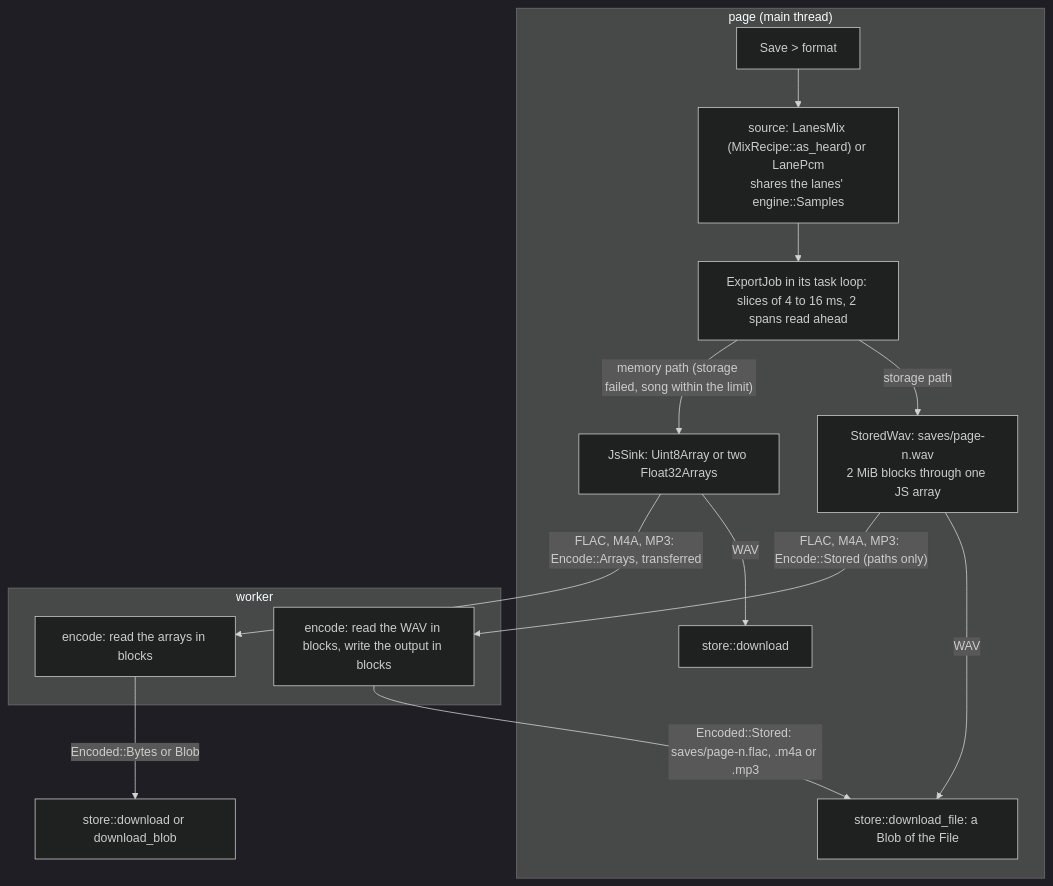
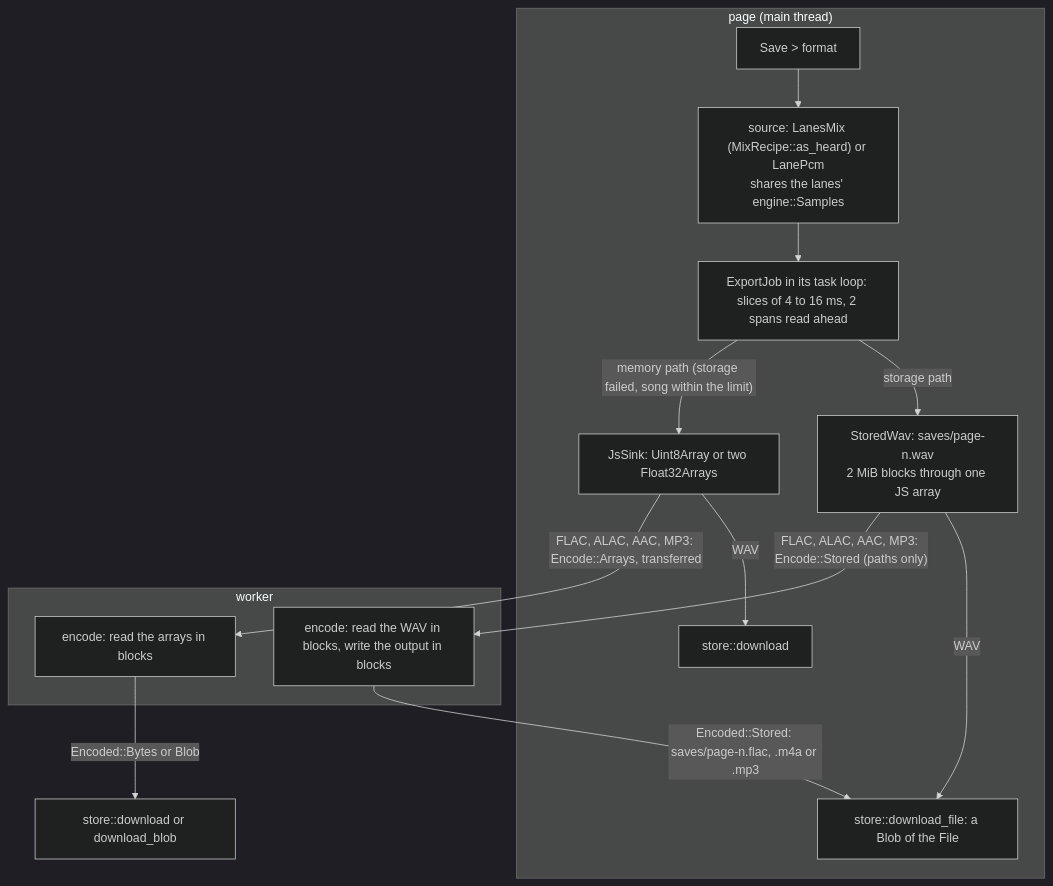
The fifth of 5 diagrams in docs/ARCHITECTURE.md (lloydmeta/stemyla), drawn with Mermaid (dark theme) before and after one commit. The commit also changed other lines of this file and 10 other files, not shown here.

````diff
--- a/docs/ARCHITECTURE.md
+++ b/docs/ARCHITECTURE.md
@@ -244,19 +244,19 @@
 ```mermaid
 flowchart TD
   subgraph page["page (main thread)"]
     CLICK["Save > format"] --> SRC["source: LanesMix (MixRecipe::as_heard) or LanePcm<br/>shares the lanes' engine::Samples"]
     SRC --> JOB["ExportJob in its task loop: slices of 4 to 16 ms, 2 spans read ahead"]
     JOB -->|"storage path"| WAV["StoredWav: saves/page-n.wav<br/>2 MiB blocks through one JS array"]
     WAV -->|WAV| OFFER["store::download_file: a Blob of the File"]
     JOB -->|"memory path (storage failed, song within the limit)"| JS["JsSink: Uint8Array or two Float32Arrays"]
     JS -->|WAV| DL["store::download"]
   end
   subgraph worker["worker"]
     ENC["encode: read the WAV in blocks, write the output in blocks"]
     ENCM["encode: read the arrays in blocks"]
   end
-  WAV -->|"FLAC, M4A, MP3: Encode::Stored (paths only)"| ENC
+  WAV -->|"FLAC, ALAC, AAC, MP3: Encode::Stored (paths only)"| ENC
   ENC -->|"Encoded::Stored: saves/page-n.flac, .m4a or .mp3"| OFFER
-  JS -->|"FLAC, M4A, MP3: Encode::Arrays, transferred"| ENCM
+  JS -->|"FLAC, ALAC, AAC, MP3: Encode::Arrays, transferred"| ENCM
   ENCM -->|"Encoded::Bytes or Blob"| DL2["store::download or download_blob"]
 ```
````
